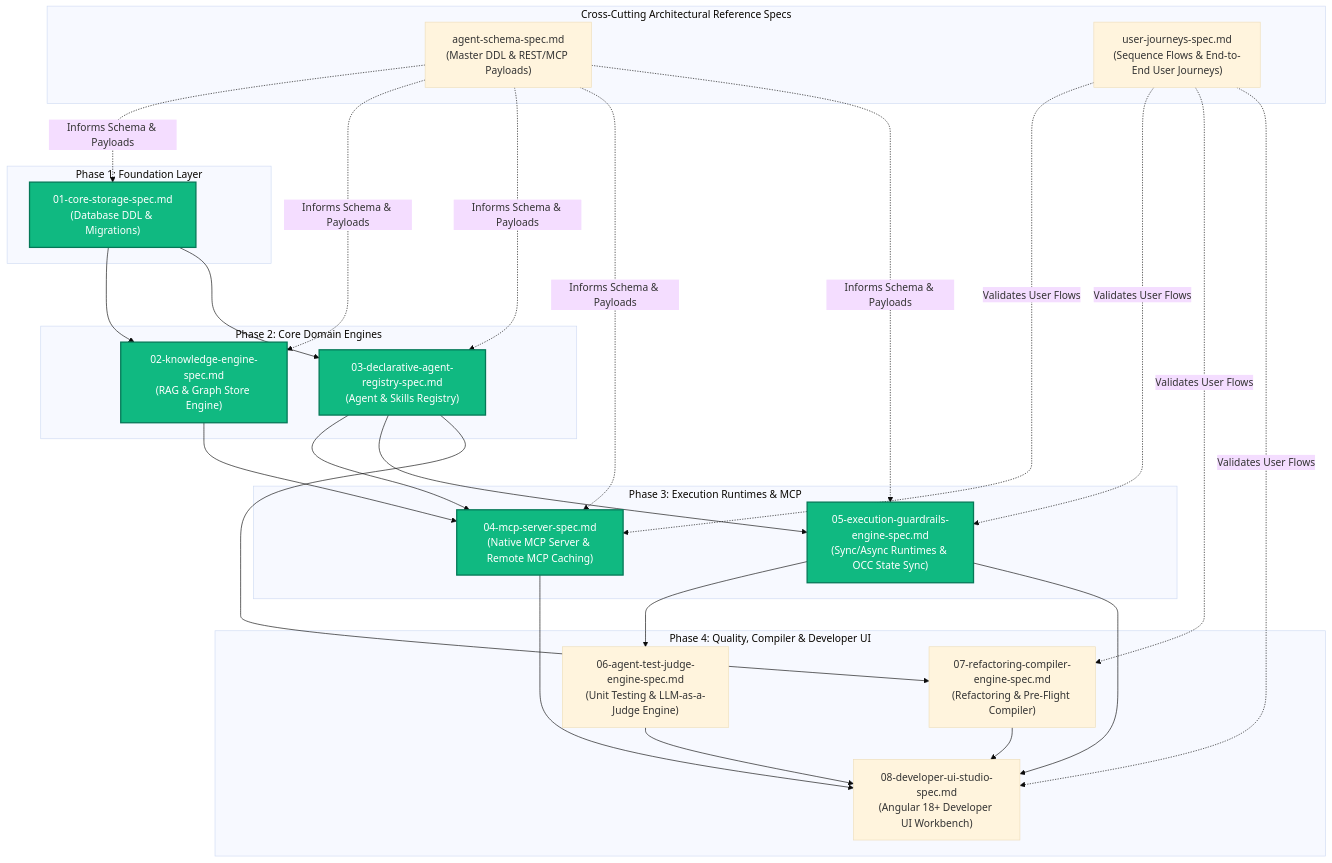
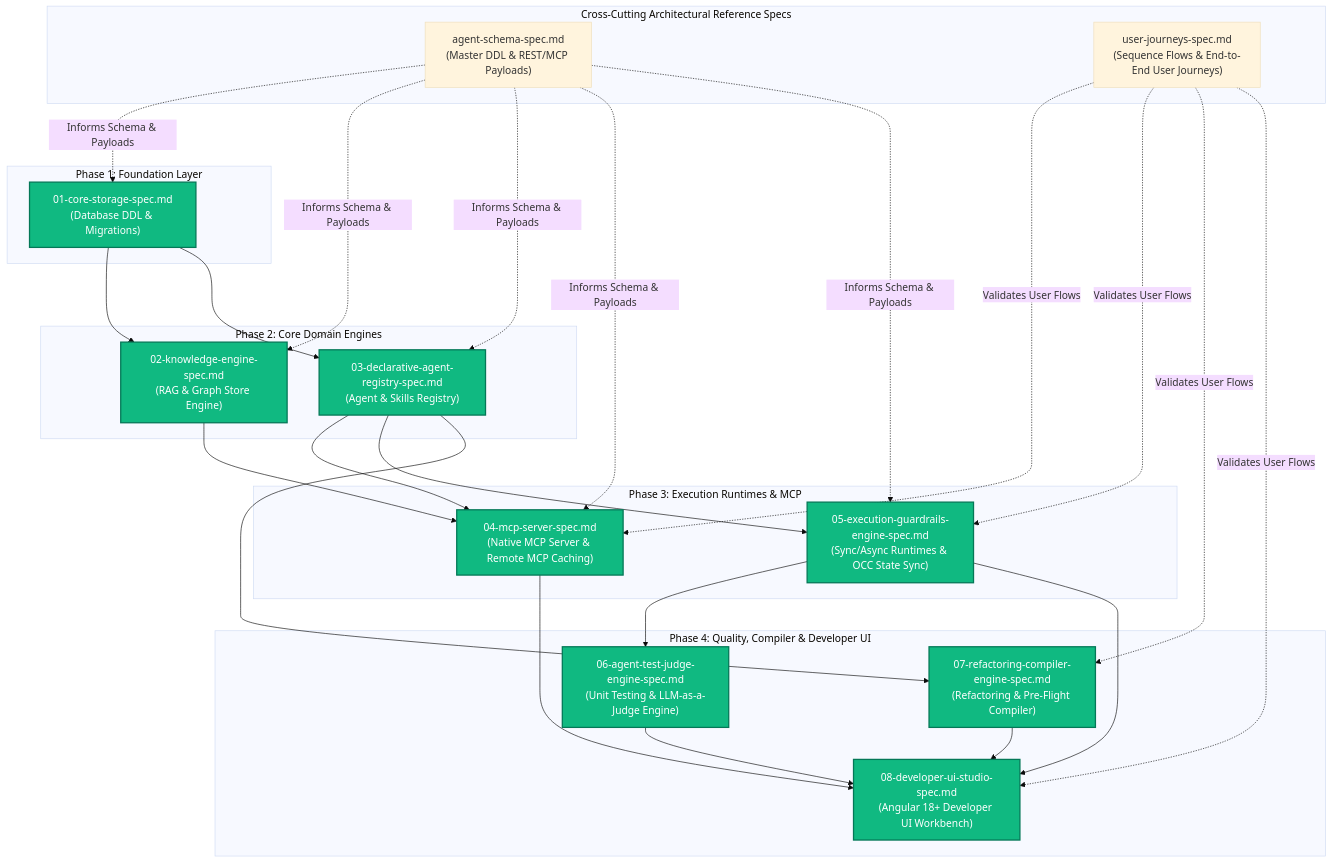
One commit to PolecatWorks/agent-as-data changed the diagram in spec/specs/README.md. Above: the diagram before and after it, drawn with Mermaid (base theme). The commit also changed other lines of this file and 2 other files, not shown here.

Commit message:
feat(spec-07): complete Spec 07 Refactoring Analyzer & Pre-Flight Compiler (#13)

````diff
--- a/spec/specs/README.md
+++ b/spec/specs/README.md
@@ -17,59 +17,60 @@
 ```mermaid
 flowchart TD
     subgraph CrossCuttingSpecs ["Cross-Cutting Architectural Reference Specs"]
         SchemaSpec["agent-schema-spec.md<br/>(Master DDL & REST/MCP Payloads)"]
         JourneysSpec["user-journeys-spec.md<br/>(Sequence Flows & End-to-End User Journeys)"]
     end
 
     subgraph Phase1 ["Phase 1: Foundation Layer"]
         Spec01["01-core-storage-spec.md<br/>(Database DDL & Migrations)"]:::complete
     end
 
     subgraph Phase2 ["Phase 2: Core Domain Engines"]
         Spec02["02-knowledge-engine-spec.md<br/>(RAG & Graph Store Engine)"]:::complete
         Spec03["03-declarative-agent-registry-spec.md<br/>(Agent & Skills Registry)"]:::complete
     end
 
 
 
     subgraph Phase3 ["Phase 3: Execution Runtimes & MCP"]
         Spec04["04-mcp-server-spec.md<br/>(Native MCP Server & Remote MCP Caching)"]:::complete
         Spec05["05-execution-guardrails-engine-spec.md<br/>(Sync/Async Runtimes & OCC State Sync)"]:::complete
     end
 
 
 
     subgraph Phase4 ["Phase 4: Quality, Compiler & Developer UI"]
-        Spec06["06-agent-test-judge-engine-spec.md<br/>(Unit Testing & LLM-as-a-Judge Engine)"]
-        Spec07["07-refactoring-compiler-engine-spec.md<br/>(Refactoring & Pre-Flight Compiler)"]
-        Spec08["08-developer-ui-studio-spec.md<br/>(Angular 18+ Developer UI Workbench)"]
+        Spec06["06-agent-test-judge-engine-spec.md<br/>(Unit Testing & LLM-as-a-Judge Engine)"]:::complete
+        Spec07["07-refactoring-compiler-engine-spec.md<br/>(Refactoring & Pre-Flight Compiler)"]:::complete
+        Spec08["08-developer-ui-studio-spec.md<br/>(Angular 18+ Developer UI Workbench)"]:::complete
     end
+
 
     classDef complete fill:#10B981,stroke:#047857,stroke-width:2px,color:#ffffff;
 
     SchemaSpec -.->|Informs Schema & Payloads| Spec01
     SchemaSpec -.->|Informs Schema & Payloads| Spec02
     SchemaSpec -.->|Informs Schema & Payloads| Spec03
     SchemaSpec -.->|Informs Schema & Payloads| Spec04
     SchemaSpec -.->|Informs Schema & Payloads| Spec05
 
     JourneysSpec -.->|Validates User Flows| Spec04
     JourneysSpec -.->|Validates User Flows| Spec05
     JourneysSpec -.->|Validates User Flows| Spec07
     JourneysSpec -.->|Validates User Flows| Spec08
 
     Spec01 --> Spec02
     Spec01 --> Spec03
 
     Spec02 --> Spec04
     Spec03 --> Spec04
     Spec03 --> Spec05
 
     Spec05 --> Spec06
     Spec03 --> Spec07
     
     Spec04 --> Spec08
     Spec05 --> Spec08
     Spec06 --> Spec08
     Spec07 --> Spec08
 ```
````
